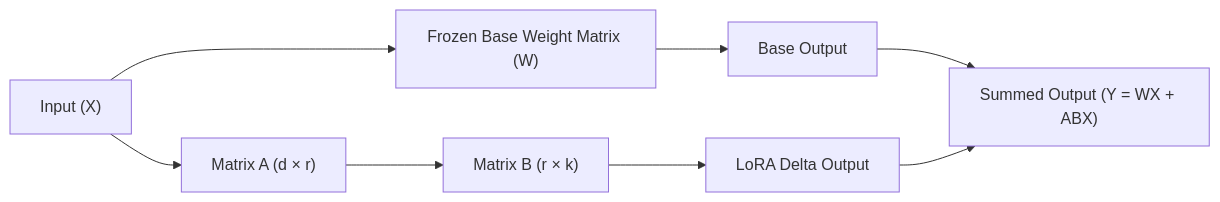
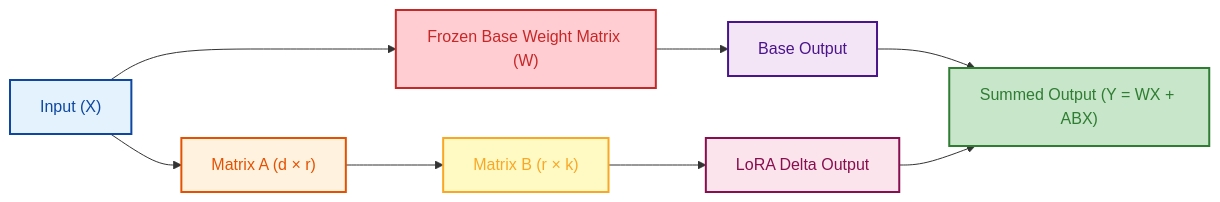
The second of 2 diagrams in docs/08-fine-tuning/README.md (GyanendraChaubey/AI-Engineering-Notes), drawn with Mermaid before and after one commit. The commit also changed other lines of this file and 15 other files, not shown here.

Commit message:
style: apply light color palette to remaining Mermaid diagrams (docs 15 & 16)

````diff
--- a/docs/08-fine-tuning/README.md
+++ b/docs/08-fine-tuning/README.md
@@ -109,13 +116,20 @@
 ```mermaid
 flowchart LR
     A["Input (X)"] --> B["Frozen Base Weight Matrix (W)"]
     A --> C["Matrix A (d × r)"]
     
     C --> D["Matrix B (r × k)"]
     
     B --> E["Base Output"]
     D --> F["LoRA Delta Output"]
     
     E --> G["Summed Output (Y = WX + ABX)"]
     F --> G
+    style A fill:#e3f2fd,stroke:#0d47a1,stroke-width:2px,color:#0d47a1
+    style B fill:#ffcdd2,stroke:#c62828,stroke-width:2px,color:#c62828
+    style C fill:#fff3e0,stroke:#e65100,stroke-width:2px,color:#e65100
+    style D fill:#fff9c4,stroke:#f9a825,stroke-width:2px,color:#f9a825
+    style E fill:#f3e5f5,stroke:#4a148c,stroke-width:2px,color:#4a148c
+    style F fill:#fce4ec,stroke:#880e4f,stroke-width:2px,color:#880e4f
+    style G fill:#c8e6c9,stroke:#2e7d32,stroke-width:2px,color:#2e7d32
 ```
````
